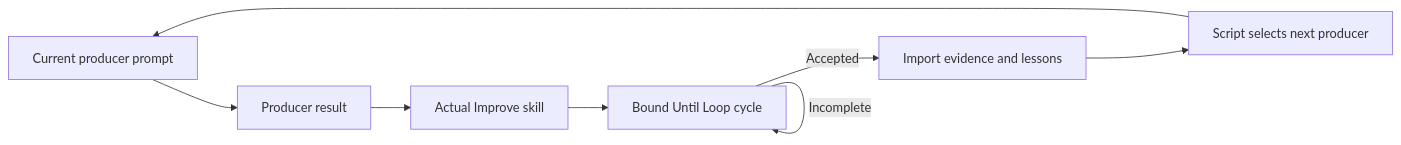
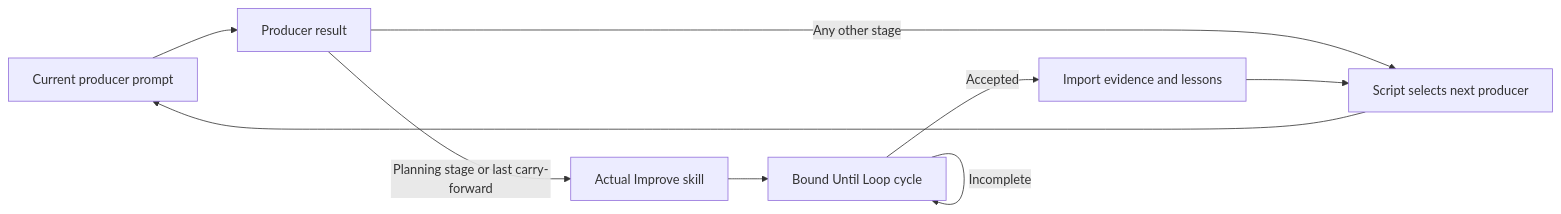
One commit to whichguy/skill-craft changed the first of 3 diagrams in plugins/shiploop/skills/shiploop/references/navigator.md. Above: the diagram before and after it, drawn with Mermaid. The commit also changed other lines of this file and 405 other files, not shown here.

````diff
--- a/plugins/shiploop/skills/shiploop/references/navigator.md
+++ b/plugins/shiploop/skills/shiploop/references/navigator.md
@@ -18,10 +19,11 @@
 ```mermaid
 flowchart LR
   P[Current producer prompt] --> R[Producer result]
-  R --> I[Actual Improve skill]
+  R -->|Planning stage or last carry-forward| I[Actual Improve skill]
+  R -->|Any other stage| N
   I --> U[Bound Until Loop cycle]
   U -->|Accepted| C[Import evidence and lessons]
   U -->|Incomplete| U
   C --> N[Script selects next producer]
   N --> P
 ```
````
